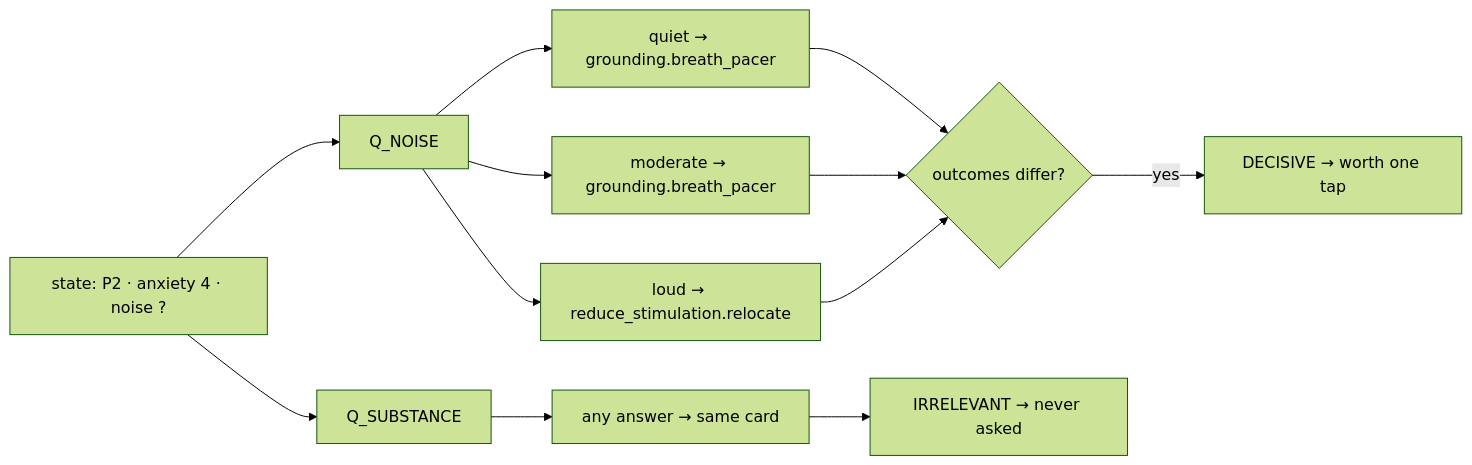
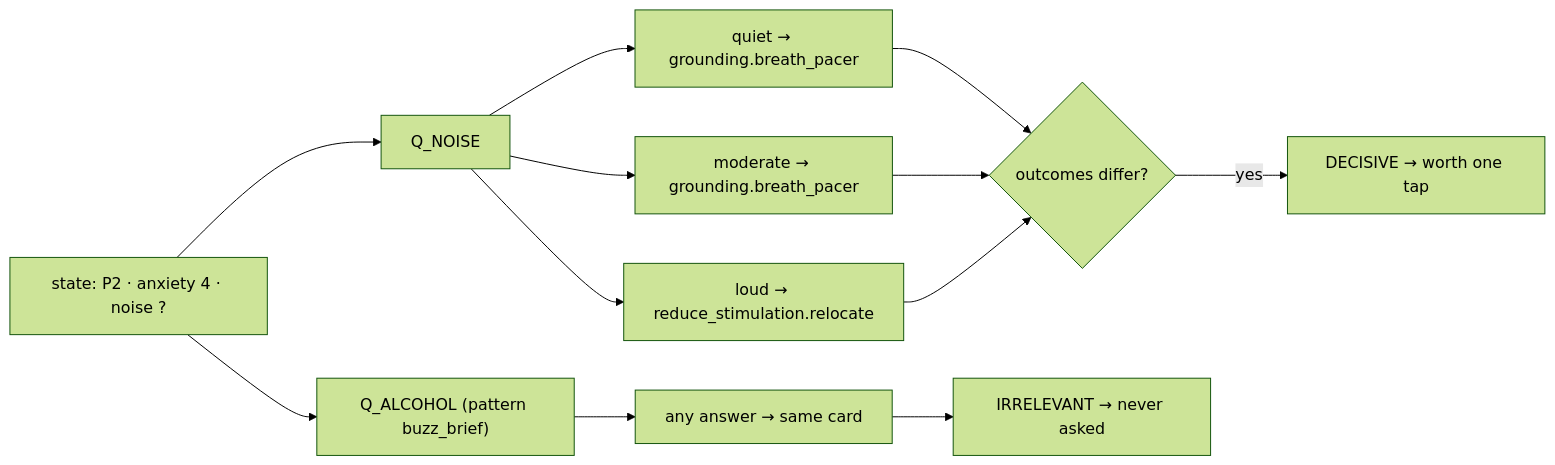
The third of 7 diagrams in app/_system/blueprint.md (apollorio/sos), drawn with Mermaid (forest theme) before and after one commit. The commit also changed other lines of this file and 49 other files, not shown here.

````diff
--- a/app/_system/blueprint.md
+++ b/app/_system/blueprint.md
@@ -220,11 +221,11 @@
 ```mermaid
 flowchart LR
   S["state: P2 · anxiety 4 · noise ?"] --> Q["Q_NOISE"]
   Q --> A1["quiet → grounding.breath_pacer"]
   Q --> A2["moderate → grounding.breath_pacer"]
   Q --> A3["loud → reduce_stimulation.relocate"]
   A1 & A2 & A3 --> X{"outcomes differ?"}
   X -- yes --> D["DECISIVE → worth one tap"]
-  S --> Q2["Q_SUBSTANCE"]
+  S --> Q2["Q_ALCOHOL (pattern buzz_brief)"]
   Q2 --> B1["any answer → same card"] --> I["IRRELEVANT → never asked"]
 ```
````
